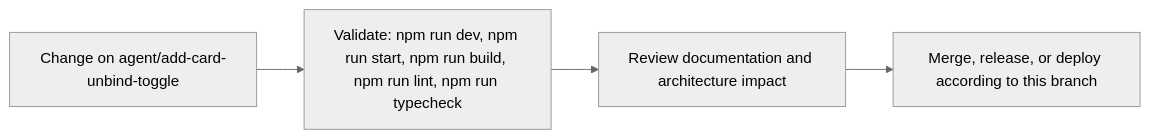
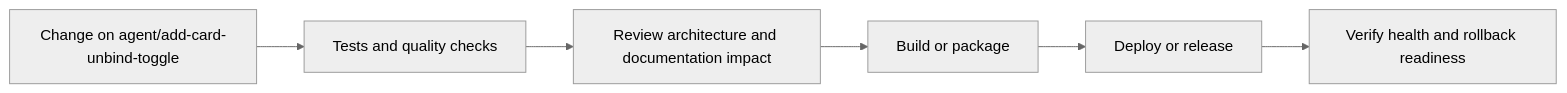
Before and after one commit to Nischhalsubba/BindForge-NW: the fourth of 5 diagrams in README.md, drawn with Mermaid (neutral theme). The commit also changed other lines of this file, not shown here.

````diff
--- a/README.md
+++ b/README.md
@@ -71,8 +147,8 @@
 ```mermaid
 flowchart LR
-    CHANGE["Change on agent/add-card-unbind-toggle"]
-    CHECK["Validate: npm run dev, npm run start, npm run build, npm run lint, npm run typecheck"]
-    REVIEW["Review documentation and architecture impact"]
-    RELEASE["Merge, release, or deploy according to this branch"]
-    CHANGE --> CHECK --> REVIEW --> RELEASE
+    CHANGE["Change on agent/add-card-unbind-toggle"] --> CHECK["Tests and quality checks"]
+    CHECK --> REVIEW["Review architecture and documentation impact"]
+    REVIEW --> BUILD["Build or package"]
+    BUILD --> DEPLOY["Deploy or release"]
+    DEPLOY --> VERIFY["Verify health and rollback readiness"]
 ```
````
